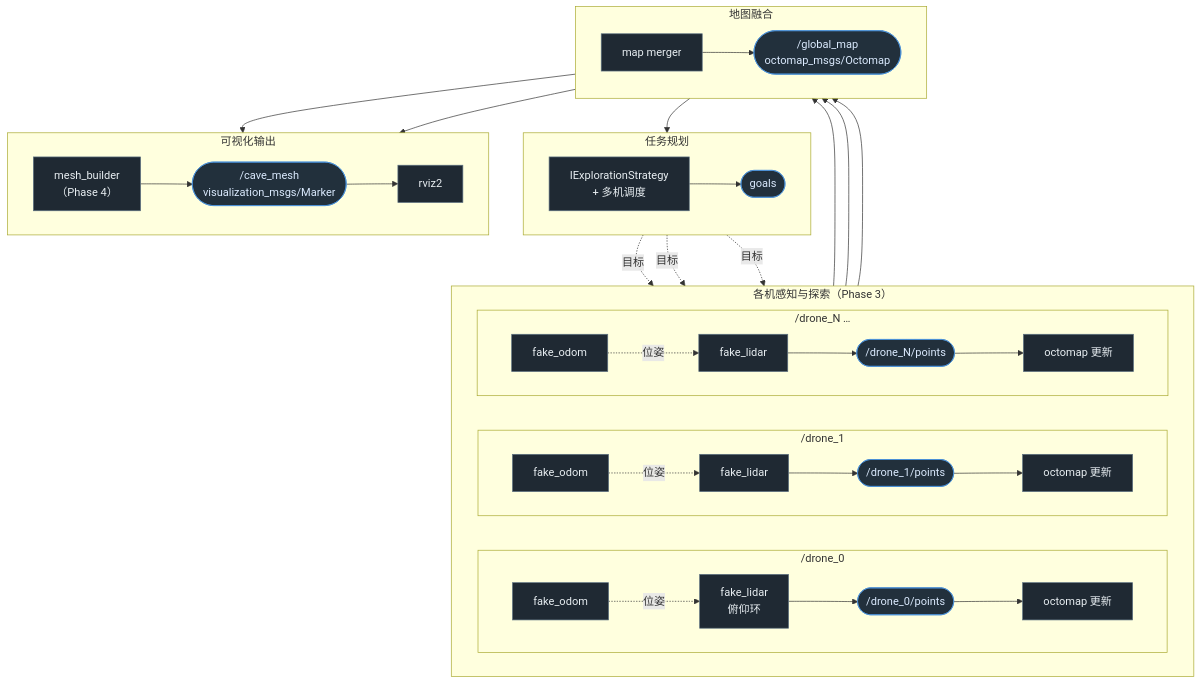
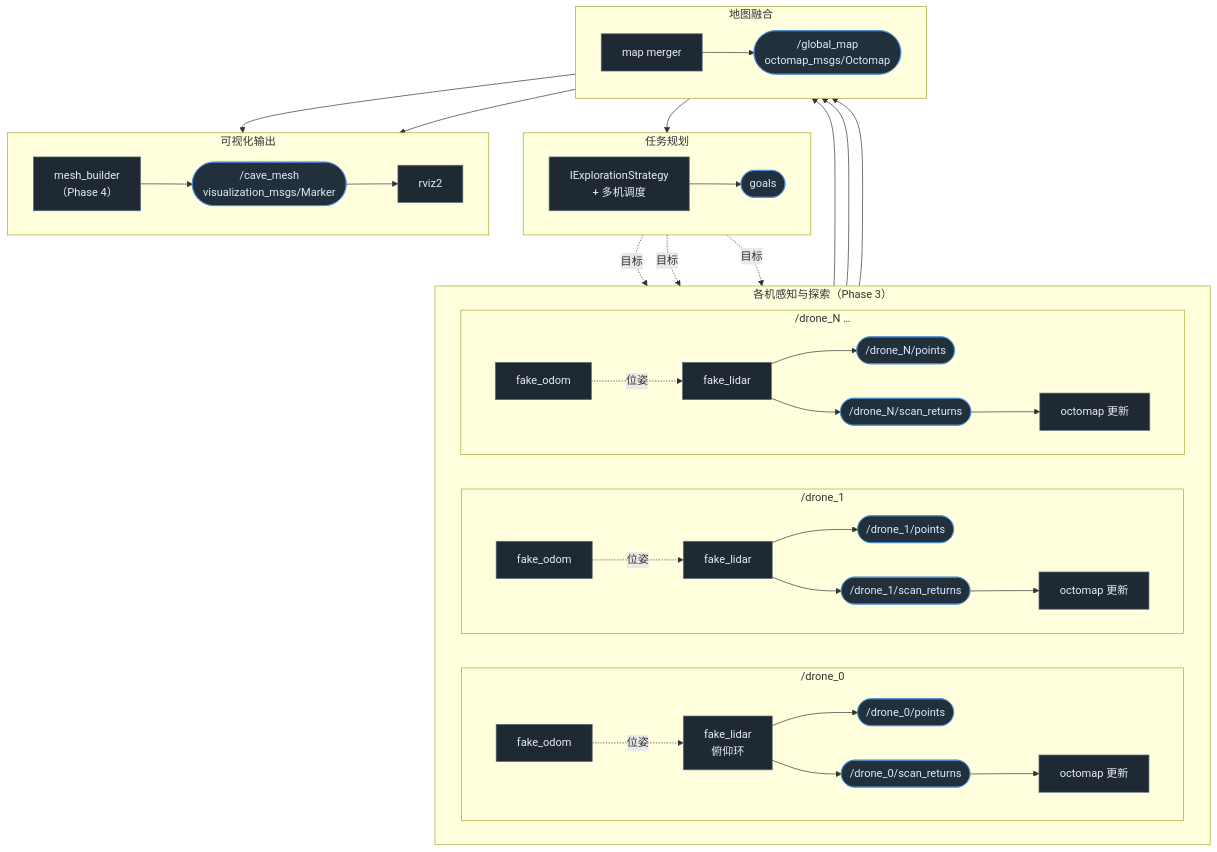
One commit to qian-loong/alien_scanner changed the fourth of 4 diagrams in docs/xenomorph-scanner-plan.md. Above: the diagram before and after it, drawn with Mermaid. The commit also changed other lines of this file and 11 other files, not shown here.

````diff
--- a/docs/xenomorph-scanner-plan.md
+++ b/docs/xenomorph-scanner-plan.md
@@ -361,68 +361,71 @@
 ```mermaid
 flowchart TB
     subgraph SWARM["各机感知与探索（Phase 3）"]
         direction LR
         subgraph D0["/drone_0"]
             direction LR
             O0["fake_odom"]
             L0["fake_lidar<br/>俯仰环"]
             OCT0["octomap 更新"]
             O0 -. 位姿 .-> L0
-            L0 --> P0(["/drone_0/points"]) --> OCT0
+            L0 --> P0(["/drone_0/points"])
+            L0 --> R0(["/drone_0/scan_returns"]) --> OCT0
         end
         subgraph D1["/drone_1"]
             direction LR
             O1["fake_odom"]
             L1["fake_lidar"]
             OCT1["octomap 更新"]
             O1 -. 位姿 .-> L1
-            L1 --> P1(["/drone_1/points"]) --> OCT1
+            L1 --> P1(["/drone_1/points"])
+            L1 --> R1(["/drone_1/scan_returns"]) --> OCT1
         end
         subgraph DN["/drone_N …"]
             direction LR
             ON["fake_odom"]
             LN["fake_lidar"]
             OCTN["octomap 更新"]
             ON -. 位姿 .-> LN
-            LN --> PN(["/drone_N/points"]) --> OCTN
+            LN --> PN(["/drone_N/points"])
+            LN --> RN(["/drone_N/scan_returns"]) --> OCTN
         end
     end
 
     subgraph PLAN["任务规划"]
         direction LR
         STRAT["IExplorationStrategy<br/>+ 多机调度"]
         G0(["goals"])
         STRAT --> G0
     end
 
     subgraph FUSE["地图融合"]
         direction LR
         MERGE["map merger"]
         GM(["/global_map<br/>octomap_msgs/Octomap"])
         OCT0 --> MERGE
         OCT1 --> MERGE
         OCTN --> MERGE
         MERGE --> GM
         GM --> STRAT
     end
 
     subgraph DISPLAY["可视化输出"]
         direction LR
         MESH["mesh_builder<br/>（Phase 4）"]
         MK(["/cave_mesh<br/>visualization_msgs/Marker"])
         RVIZ["rviz2"]
 
         GM --> MESH
         GM --> RVIZ
         MESH --> MK --> RVIZ
     end
 
     G0 -. 目标 .-> O0
     G0 -. 目标 .-> O1
     G0 -. 目标 .-> ON
 
     classDef node fill:#1f2933,stroke:#5c7080,color:#e8eef2;
     classDef topic fill:#22303c,stroke:#4a90d9,color:#dbeafe;
     class O0,L0,OCT0,O1,L1,OCT1,ON,LN,OCTN,STRAT,MERGE,MESH,RVIZ node;
-    class P0,P1,PN,G0,GM,MK topic;
+    class P0,P1,PN,R0,R1,RN,G0,GM,MK topic;
 ```
````
